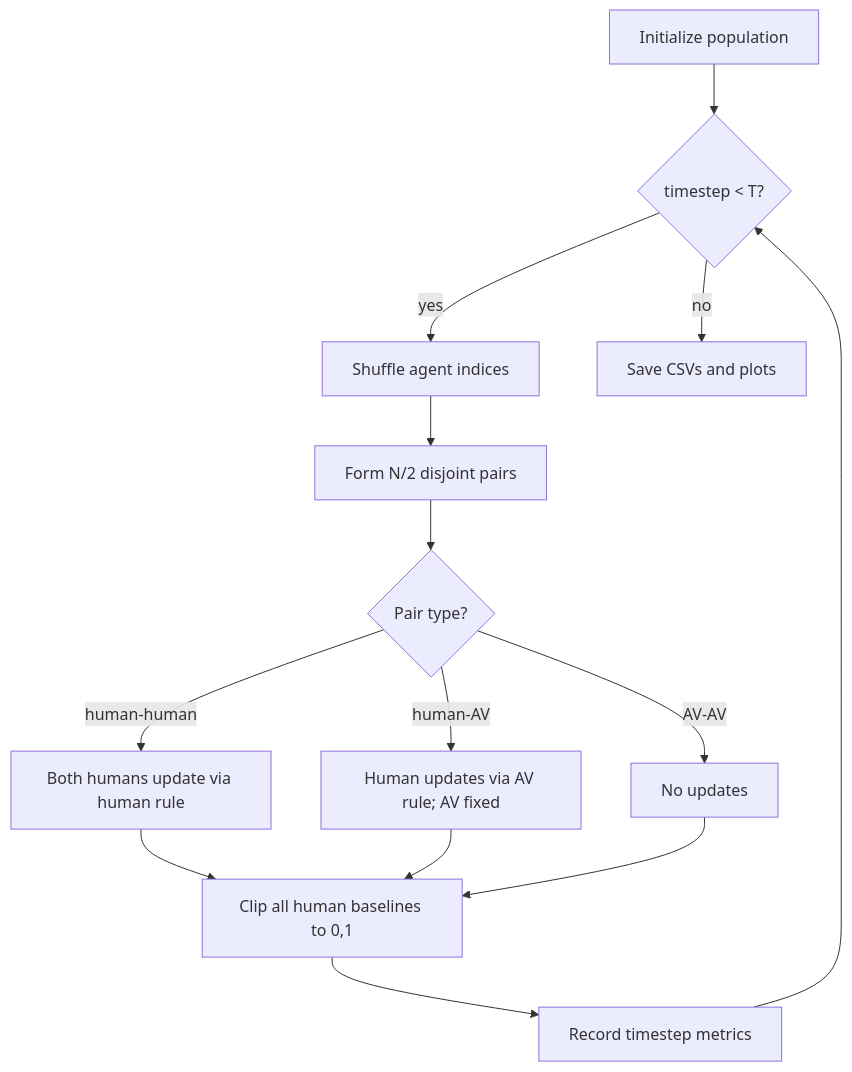
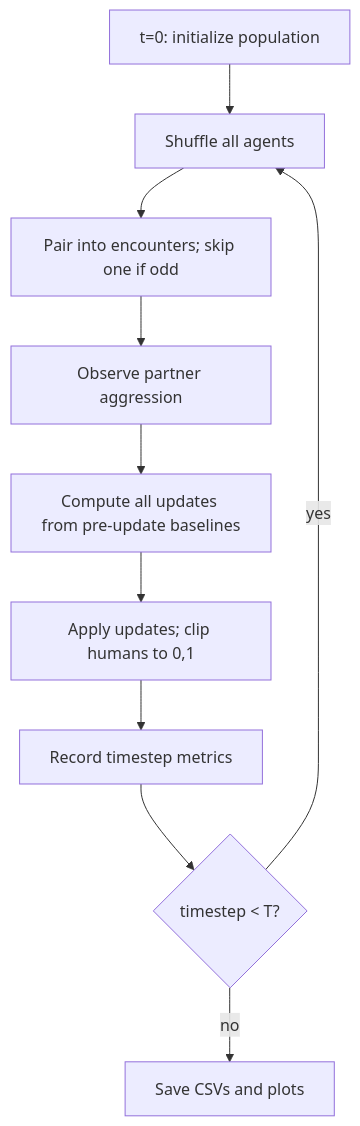
Before and after one commit to hinyzee/cogs205b_uci: the diagram in abm-project/plan.md, drawn with Mermaid. The commit also changed other lines of this file and 16 other files, not shown here.

````diff
--- a/abm-project/plan.md
+++ b/abm-project/plan.md
@@ -56,16 +19,12 @@
 ```mermaid
 flowchart TD
-    init[Initialize population] --> loop{timestep < T?}
-    loop -->|yes| shuffle[Shuffle agent indices]
-    shuffle --> pair[Form N/2 disjoint pairs]
-    pair --> classify{Pair type?}
-    classify -->|human-human| hh[Both humans update via human rule]
-    classify -->|human-AV| ha[Human updates via AV rule; AV fixed]
-    classify -->|AV-AV| aa[No updates]
-    hh --> clip[Clip all human baselines to 0,1]
-    ha --> clip
-    aa --> clip
-    clip --> record[Record timestep metrics]
-    record --> loop
-    loop -->|no| save[Save CSVs and plots]
+    init["t=0: initialize population"] --> shuffle["Shuffle all agents"]
+    shuffle --> pair["Pair into encounters; skip one if odd"]
+    pair --> observe["Observe partner aggression"]
+    observe --> compute["Compute all updates from pre-update baselines"]
+    compute --> apply["Apply updates; clip humans to 0,1"]
+    apply --> record["Record timestep metrics"]
+    record --> check{"timestep < T?"}
+    check -->|yes| shuffle
+    check -->|no| save["Save CSVs and plots"]
 ```
````
